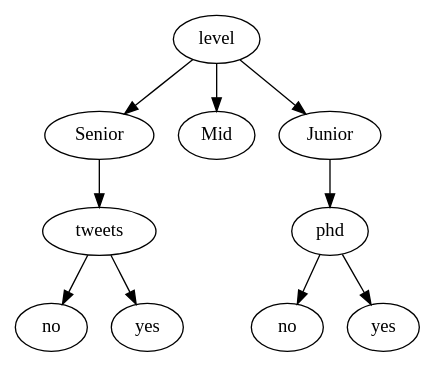
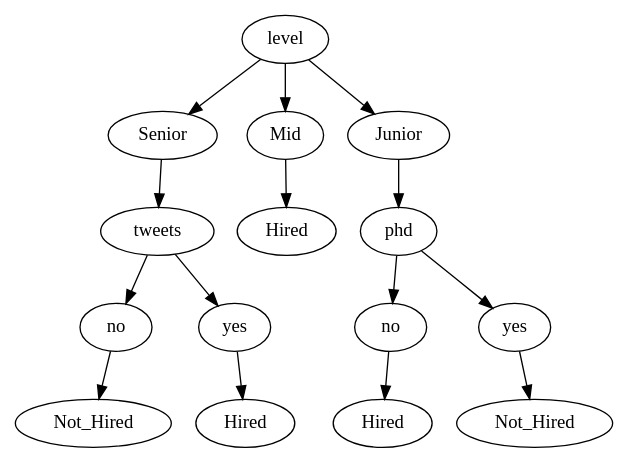
Before and after one commit to ramirezr69/uhd-data-mining-decision-tree: the diagram in test-output/decision-tree.gv, drawn with Graphviz. The commit also changed 5 other files, not shown here.

```diff
--- a/test-output/decision-tree.gv
+++ b/test-output/decision-tree.gv
@@ -1,22 +1,32 @@
 // The Decision Tree
 digraph {
 	A [label=level]
 		A -> B
 		A -> C
 		A -> D
 	B [label=Senior]
 		B -> E
 	E [label=tweets]
 		E -> F
 		E -> G
 	F [label=no]
+		F -> H
+	H [label=Not_Hired]
 	G [label=yes]
+		G -> I
+	I [label=Hired]
 	C [label=Mid]
+		C -> J
+	J [label=Hired]
 	D [label=Junior]
-		D -> H
-	H [label=phd]
-		H -> I
-		H -> J
-	I [label=no]
-	J [label=yes]
+		D -> K
+	K [label=phd]
+		K -> L
+		K -> M
+	L [label=no]
+		L -> N
+	N [label=Hired]
+	M [label=yes]
+		M -> O
+	O [label=Not_Hired]
 }
```
